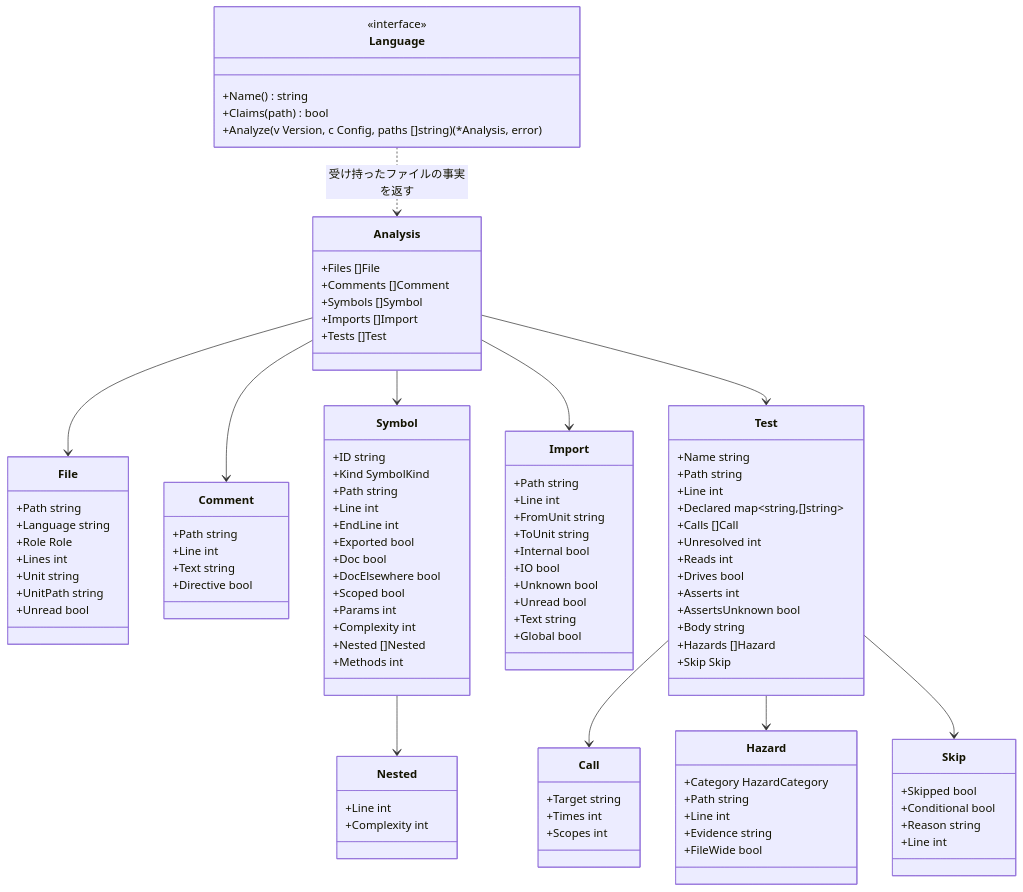
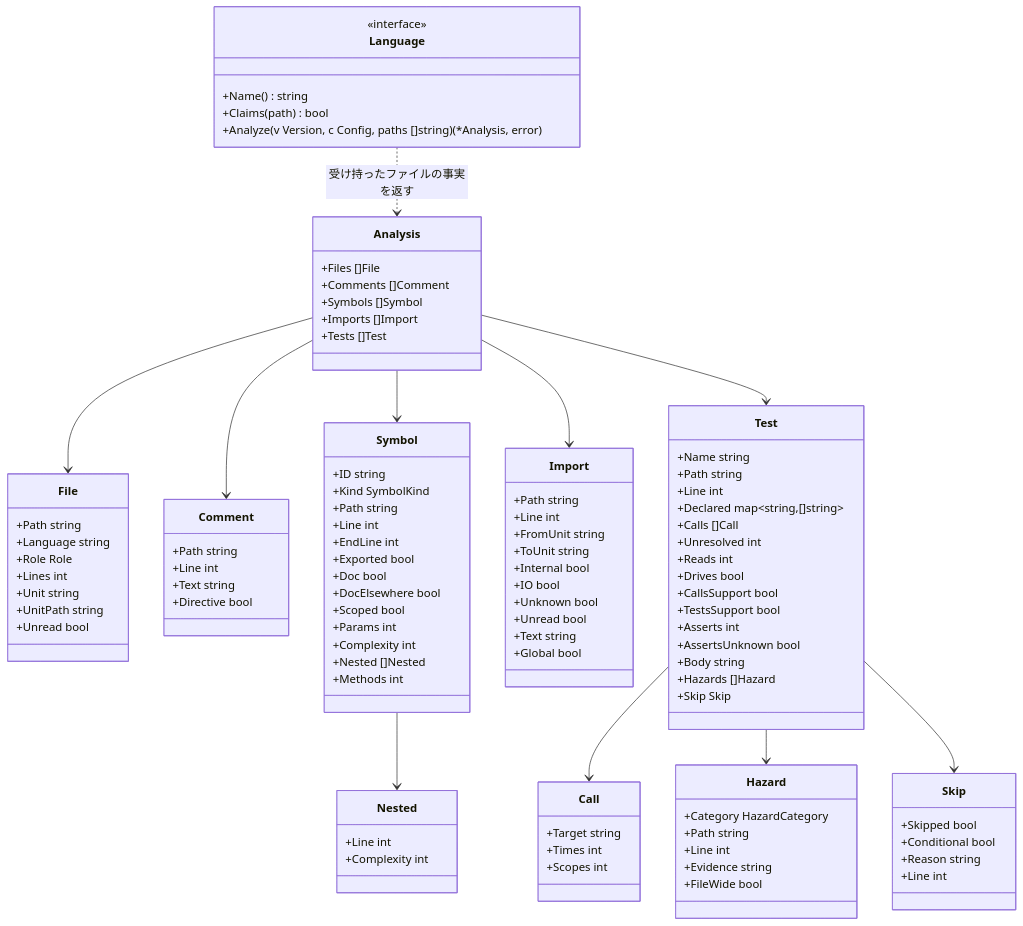
The diagram in docs/design/adapters.ja.md (rerorets/hadome), drawn with Mermaid before and after one commit. The commit also changed other lines of this file and 25 other files, not shown here.

Commit message:
Python subclasses of TestCase are test classes, class autouse fixtures give self's values, import aliases bind only the alias, only support code's own tests are spared guards-nothing, and setup is part of a test's body for duplicates (#109)

```diff
--- a/docs/design/adapters.ja.md
+++ b/docs/design/adapters.ja.md
@@ -84,6 +84,8 @@
     +Unresolved int
     +Reads int
     +Drives bool
+    +CallsSupport bool
+    +TestsSupport bool
     +Asserts int
     +AssertsUnknown bool
     +Body string
```
